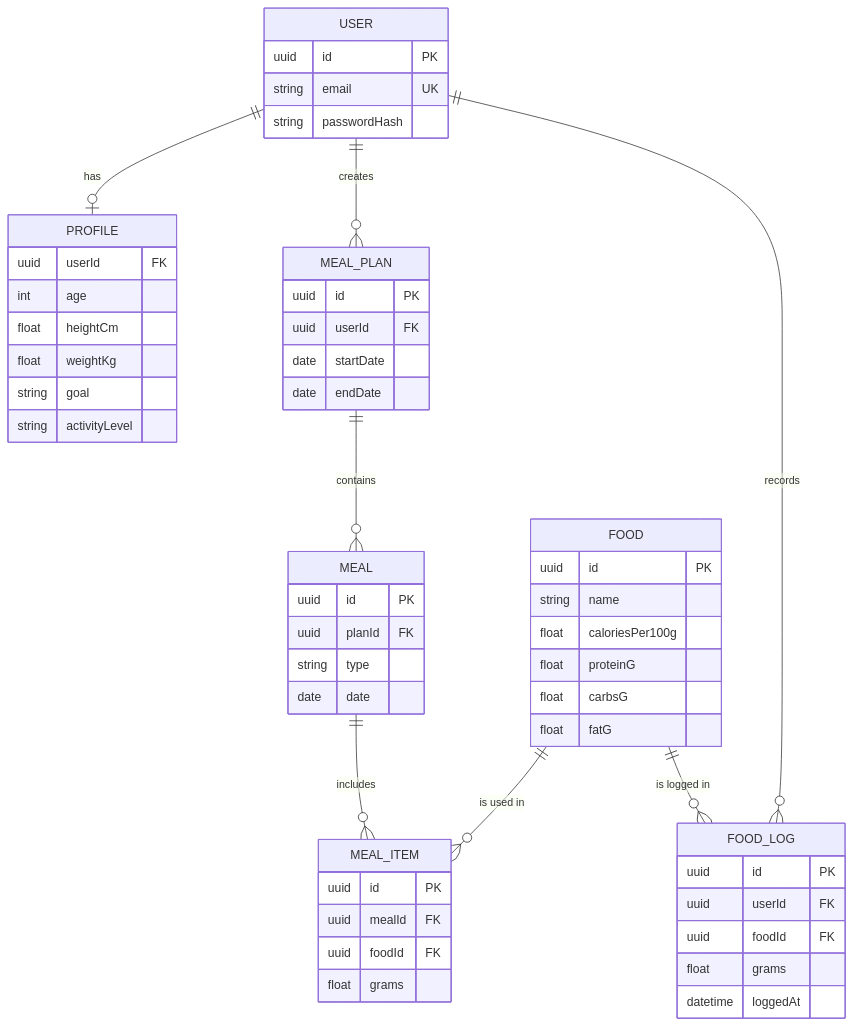
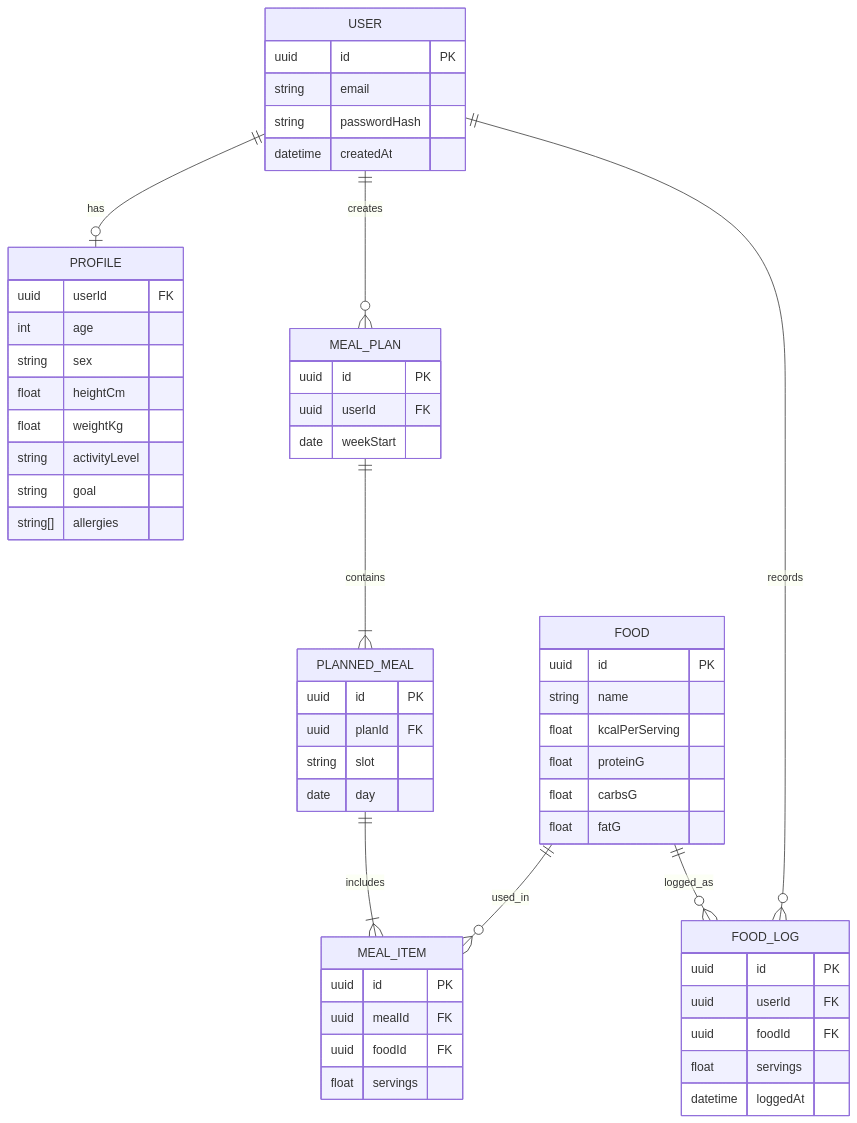
The second of 3 diagrams in README.md (RudranotOP/meal-plan), drawn with Mermaid before and after one commit. The commit also changed other lines of this file, not shown here.

````diff
--- a/README.md
+++ b/README.md
@@ -206,57 +155,59 @@
 ```mermaid
 erDiagram
     USER ||--o| PROFILE : has
     USER ||--o{ MEAL_PLAN : creates
-    MEAL_PLAN ||--o{ MEAL : contains
-    MEAL ||--o{ MEAL_ITEM : includes
-    FOOD ||--o{ MEAL_ITEM : "is used in"
     USER ||--o{ FOOD_LOG : records
-    FOOD ||--o{ FOOD_LOG : "is logged in"
+    MEAL_PLAN ||--|{ PLANNED_MEAL : contains
+    PLANNED_MEAL ||--|{ MEAL_ITEM : includes
+    FOOD ||--o{ MEAL_ITEM : used_in
+    FOOD ||--o{ FOOD_LOG : logged_as
 
     USER {
         uuid id PK
-        string email UK
+        string email
         string passwordHash
+        datetime createdAt
     }
     PROFILE {
         uuid userId FK
         int age
+        string sex
         float heightCm
         float weightKg
+        string activityLevel
         string goal
-        string activityLevel
+        string[] allergies
     }
     FOOD {
         uuid id PK
         string name
-        float caloriesPer100g
+        float kcalPerServing
         float proteinG
         float carbsG
         float fatG
     }
     MEAL_PLAN {
         uuid id PK
         uuid userId FK
-        date startDate
-        date endDate
+        date weekStart
     }
-    MEAL {
+    PLANNED_MEAL {
         uuid id PK
         uuid planId FK
-        string type
-        date date
+        string slot
+        date day
     }
     MEAL_ITEM {
         uuid id PK
         uuid mealId FK
         uuid foodId FK
-        float grams
+        float servings
     }
     FOOD_LOG {
         uuid id PK
         uuid userId FK
         uuid foodId FK
-        float grams
+        float servings
         datetime loggedAt
     }
 ```
````
